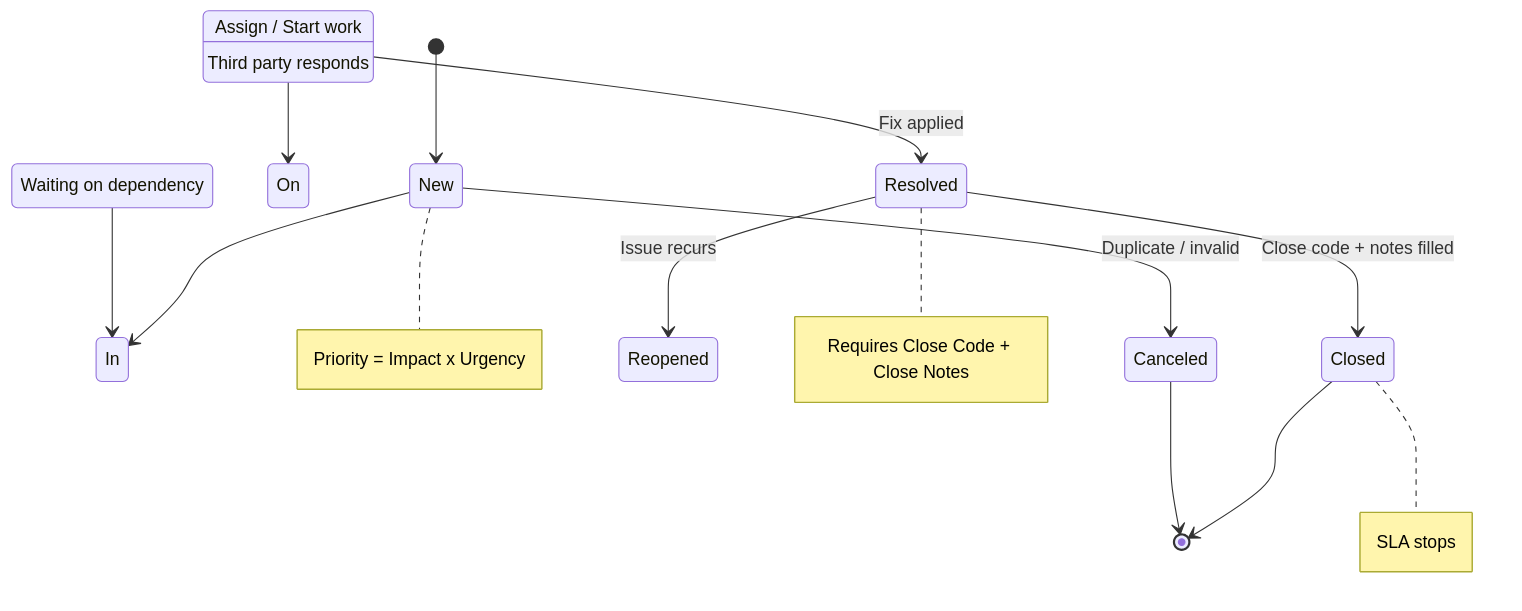
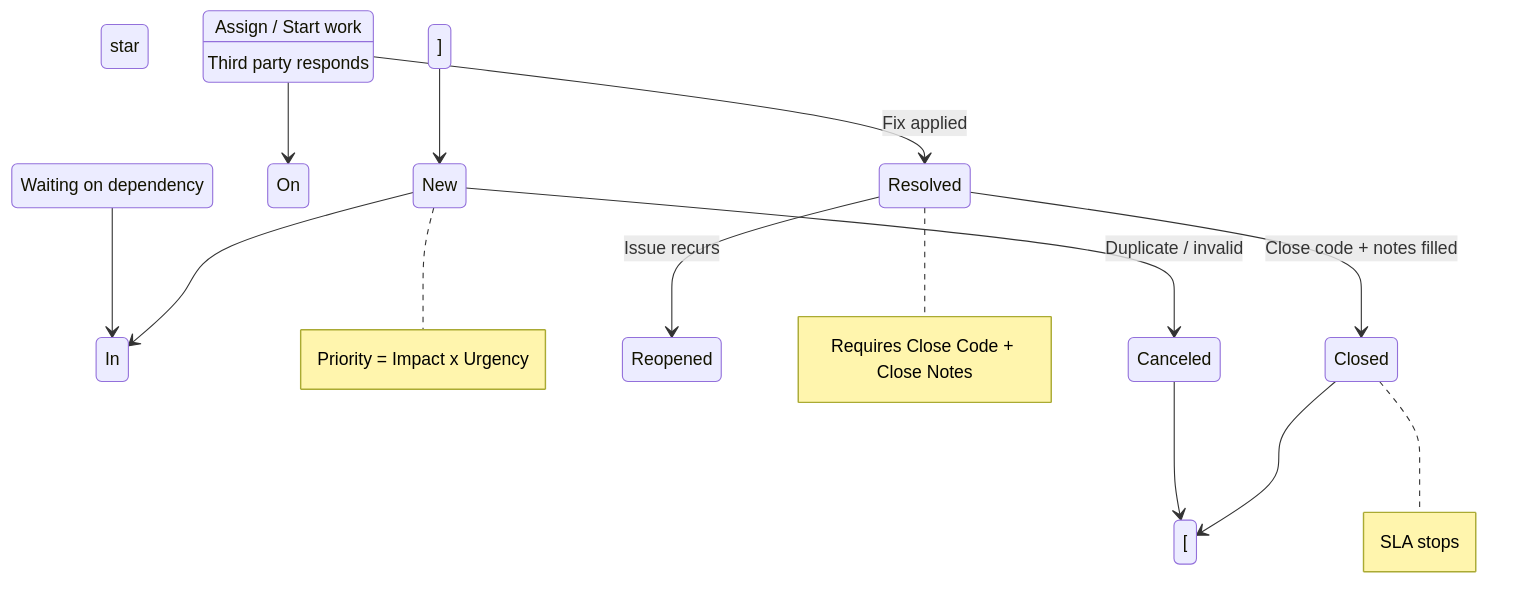
One commit to eltonaguiar/ServiceNow_Learning_TSOM-_CSM_FSM_SalesCRM_HAM_ITSM changed the second of 4 diagrams in docs/modules/csm/csm-guide.md. Above: the diagram before and after it, drawn with Mermaid. The commit also changed 19 other files, not shown here.

Commit message:
Fix all Mermaid diagram special characters - replace dollar, parens, slashes, quotes, pipes, nested brackets and other unsafe chars inside brackets with safe alternatives across 19 files

````diff
--- a/docs/modules/csm/csm-guide.md
+++ b/docs/modules/csm/csm-guide.md
@@ -469,17 +469,17 @@
 ```mermaid
 stateDiagram-v2
-    [*] --> New
+    [ star ] --> New
     New --> In Progress : Assign / Start work
     In Progress --> On Hold : Waiting on dependency
     On Hold --> In Progress : Third party responds
     In Progress --> Resolved : Fix applied
     Resolved --> Closed : Close code + notes filled
     Resolved --> Reopened : Issue recurs
-    Closed --> [*]
+    Closed --> [ star ]
     New --> Canceled : Duplicate / invalid
-    Canceled --> [*]
+    Canceled --> [ star ]
 
     note right of New: Priority = Impact x Urgency
     note right of Resolved: Requires Close Code + Close Notes
     note right of Closed: SLA stops
 ```
````
